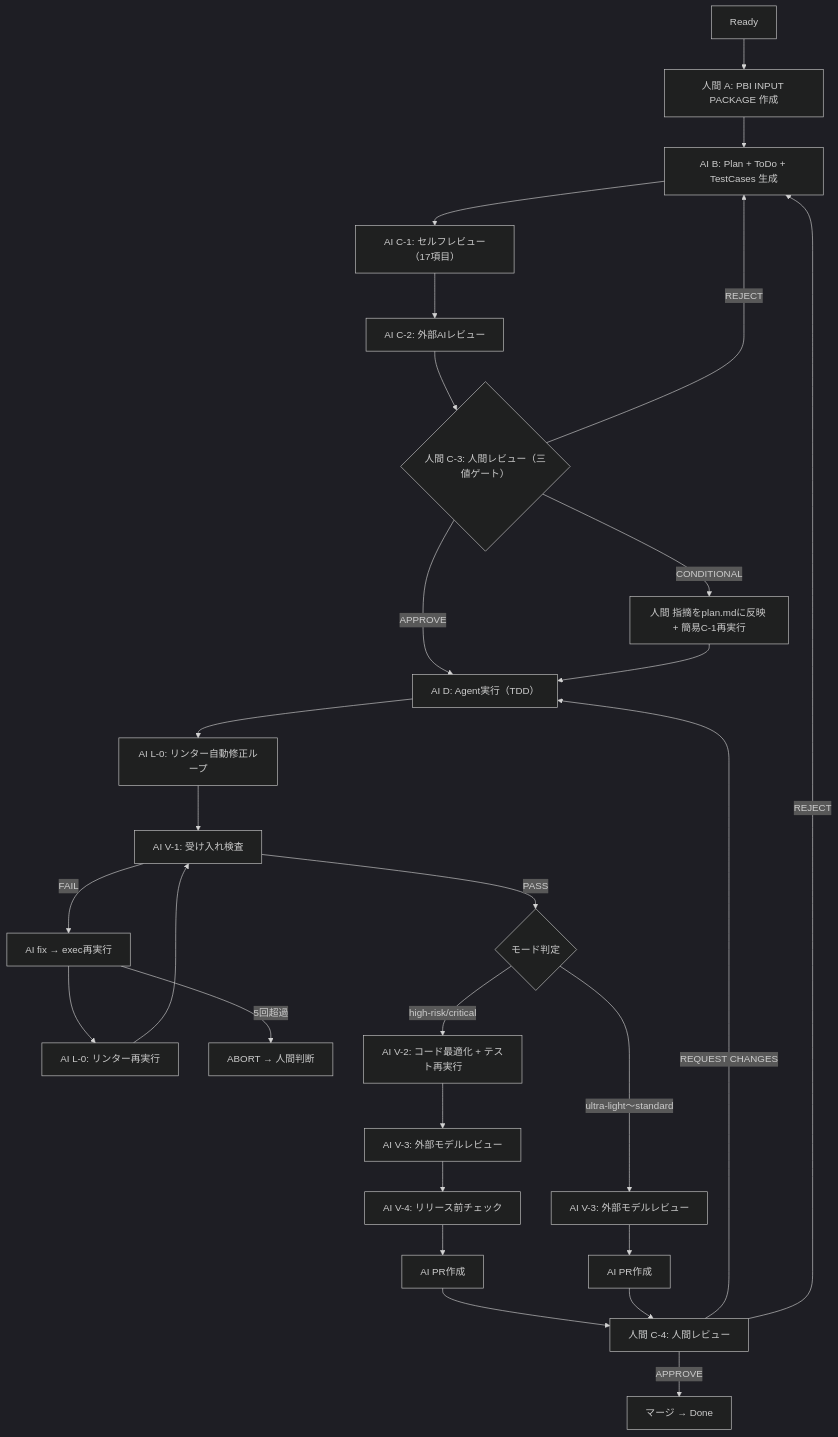
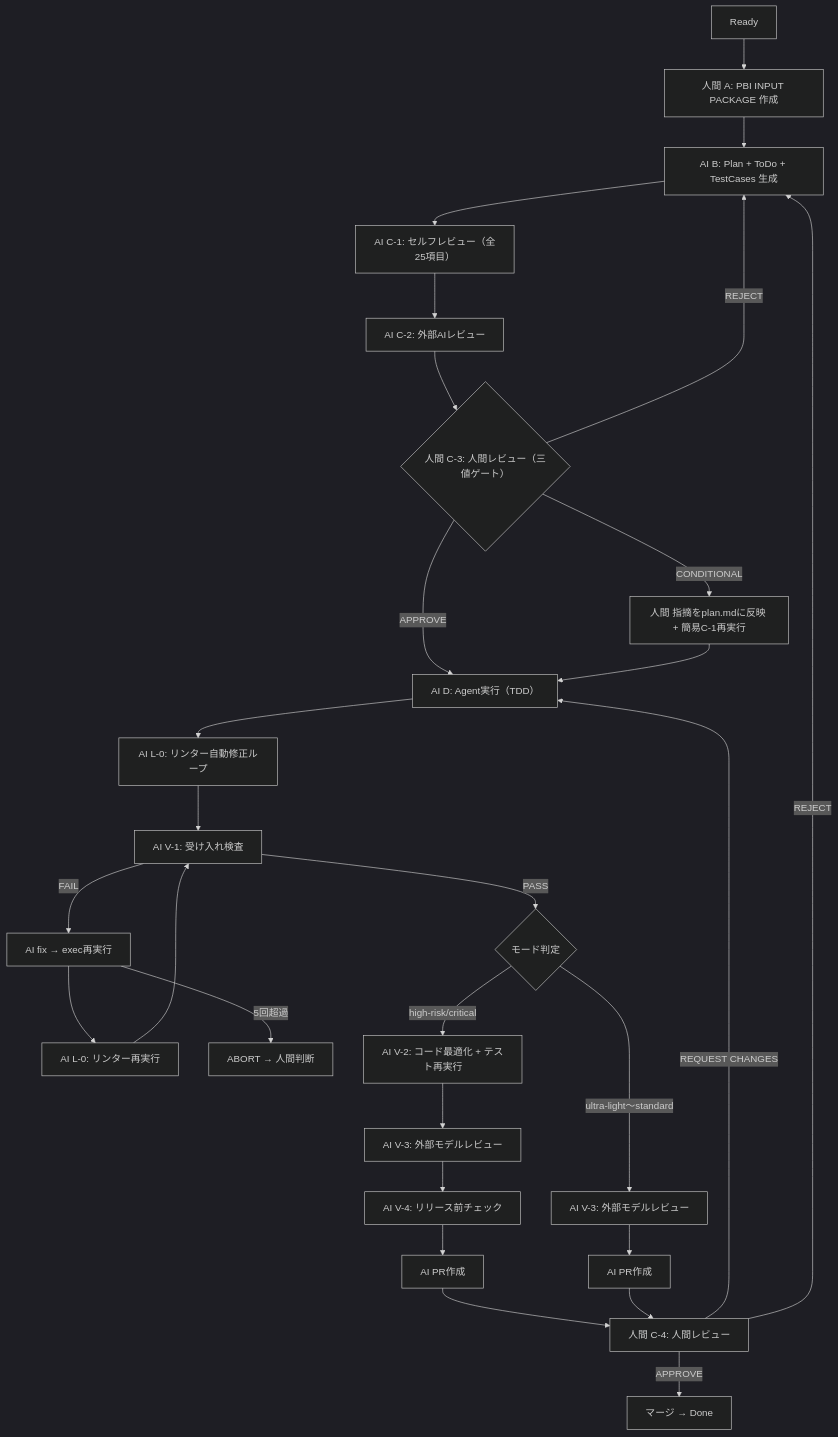
One commit to s977043/PlanGate changed the diagram in docs/plangate.md. Above: the diagram before and after it, drawn with Mermaid (dark theme). The commit also changed other lines of this file and 23 other files, not shown here.

````diff
--- a/docs/plangate.md
+++ b/docs/plangate.md
@@ -41,30 +41,30 @@
 ```mermaid
 graph TD
     Start["Ready"] --> A["人間 A: PBI INPUT PACKAGE 作成"]
     A --> B["AI B: Plan + ToDo + TestCases 生成"]
-    B --> C1["AI C-1: セルフレビュー（17項目）"]
+    B --> C1["AI C-1: セルフレビュー（全25項目）"]
     C1 --> C2["AI C-2: 外部AIレビュー"]
     C2 --> C3{"人間 C-3: 人間レビュー（三値ゲート）"}
     C3 -->|"APPROVE"| D["AI D: Agent実行（TDD）"]
     C3 -->|"CONDITIONAL"| Fix["人間 指摘をplan.mdに反映 + 簡易C-1再実行"]
     Fix --> D
     C3 -->|"REJECT"| B
     D --> L0["AI L-0: リンター自動修正ループ"]
     L0 --> V1["AI V-1: 受け入れ検査"]
     V1 -->|"PASS"| Mode{"モード判定"}
     V1 -->|"FAIL"| FixLoop["AI fix → exec再実行"]
     FixLoop --> L0re["AI L-0: リンター再実行"]
     L0re --> V1
     FixLoop -->|"5回超過"| Abort["ABORT → 人間判断"]
     Mode -->|"high-risk/critical"| V2["AI V-2: コード最適化 + テスト再実行"]
     Mode -->|"ultra-light〜standard"| V3L["AI V-3: 外部モデルレビュー"]
     V2 --> V3["AI V-3: 外部モデルレビュー"]
     V3 --> V4["AI V-4: リリース前チェック"]
     V4 --> PR["AI PR作成"]
     V3L --> PRL["AI PR作成"]
     PR --> C4["人間 C-4: 人間レビュー"]
     PRL --> C4
     C4 -->|"APPROVE"| Merge["マージ → Done"]
     C4 -->|"REQUEST CHANGES"| D
     C4 -->|"REJECT"| B
 ```
````
